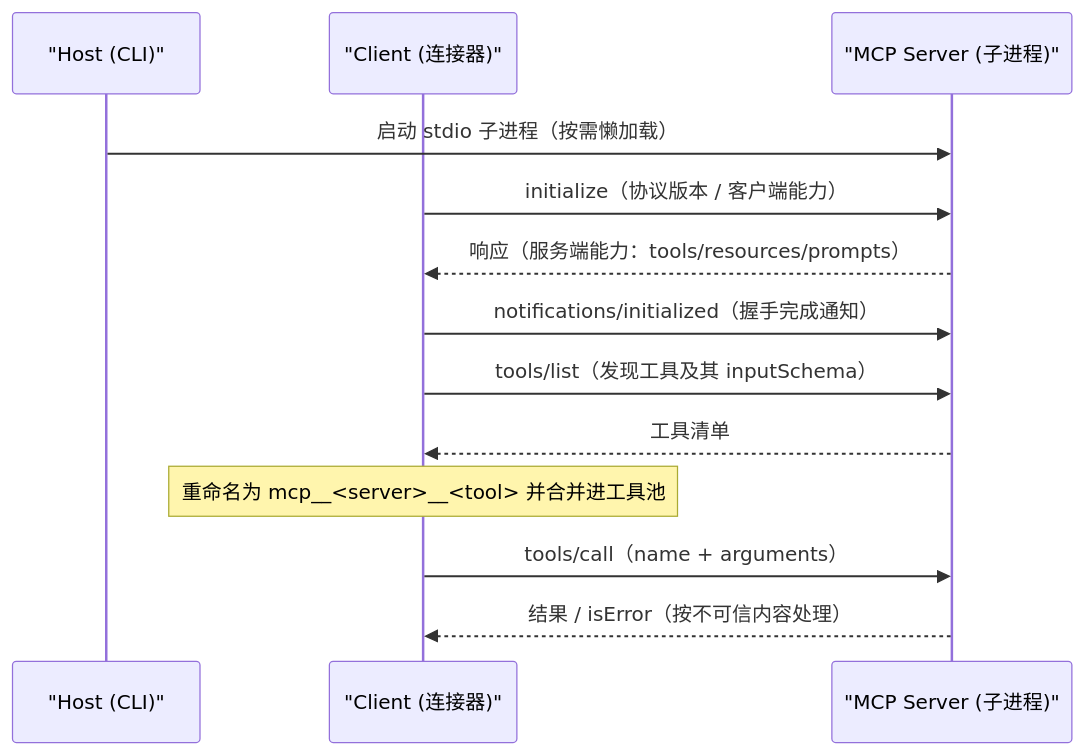
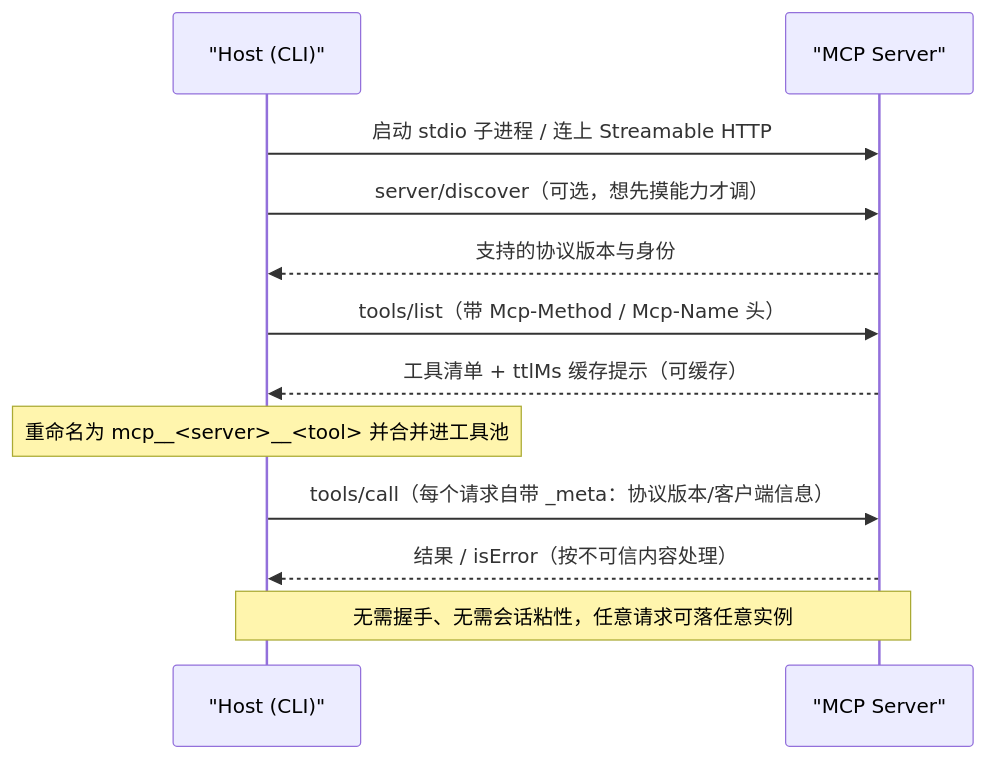
The first of 5 diagrams in docs/tools-and-extensions.md (OPQ741/mod-agent), drawn with Mermaid before and after one commit. The commit also changed other lines of this file and 20 other files, not shown here.

Commit message:
更新：文档站各章节内容修订（agent-loop、architecture、autonomy、coding-agents 等 21 篇文档）

````diff
--- a/docs/tools-and-extensions.md
+++ b/docs/tools-and-extensions.md
@@ -43,15 +47,14 @@
 ```mermaid
 sequenceDiagram
     participant H as "Host (CLI)"
-    participant C as "Client (连接器)"
-    participant S as "MCP Server (子进程)"
-    H->>S: 启动 stdio 子进程（按需懒加载）
-    C->>S: initialize（协议版本 / 客户端能力）
-    S-->>C: 响应（服务端能力：tools/resources/prompts）
-    C->>S: notifications/initialized（握手完成通知）
-    C->>S: tools/list（发现工具及其 inputSchema）
-    S-->>C: 工具清单
-    Note over C: 重命名为 mcp__<server>__<tool> 并合并进工具池
-    C->>S: tools/call（name + arguments）
-    S-->>C: 结果 / isError（按不可信内容处理）
+    participant S as "MCP Server"
+    H->>S: 启动 stdio 子进程 / 连上 Streamable HTTP
+    H->>S: server/discover（可选，想先摸能力才调）
+    S-->>H: 支持的协议版本与身份
+    H->>S: tools/list（带 Mcp-Method / Mcp-Name 头）
+    S-->>H: 工具清单 + ttlMs 缓存提示（可缓存）
+    Note over H: 重命名为 mcp__<server>__<tool> 并合并进工具池
+    H->>S: tools/call（每个请求自带 _meta：协议版本/客户端信息）
+    S-->>H: 结果 / isError（按不可信内容处理）
+    Note over H,S: 无需握手、无需会话粘性，任意请求可落任意实例
 ```
````
